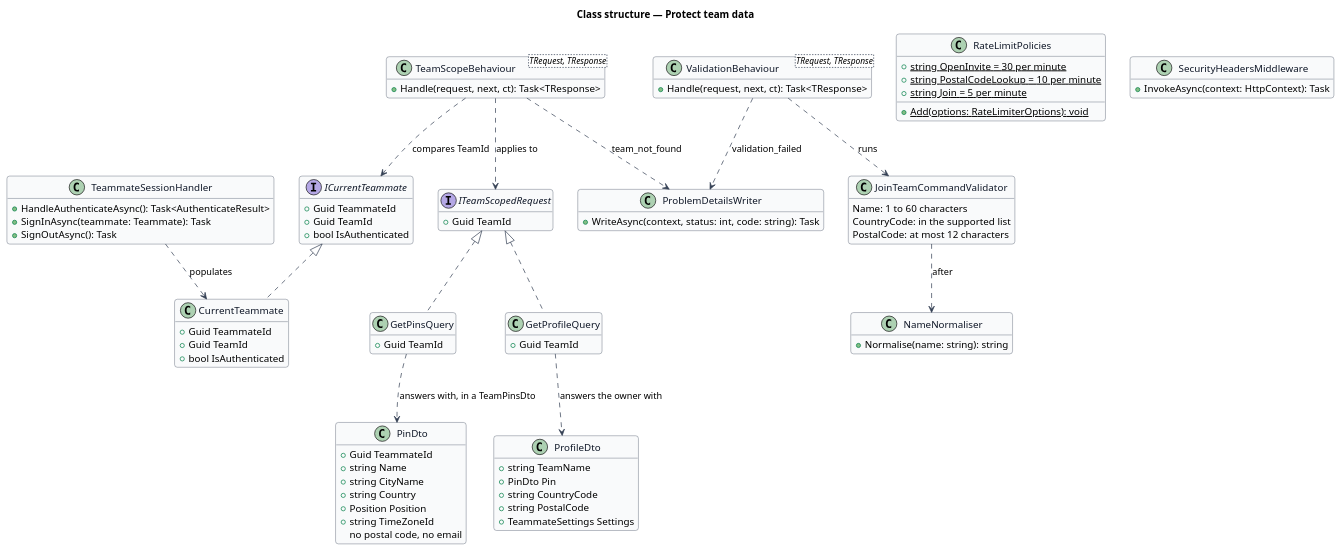
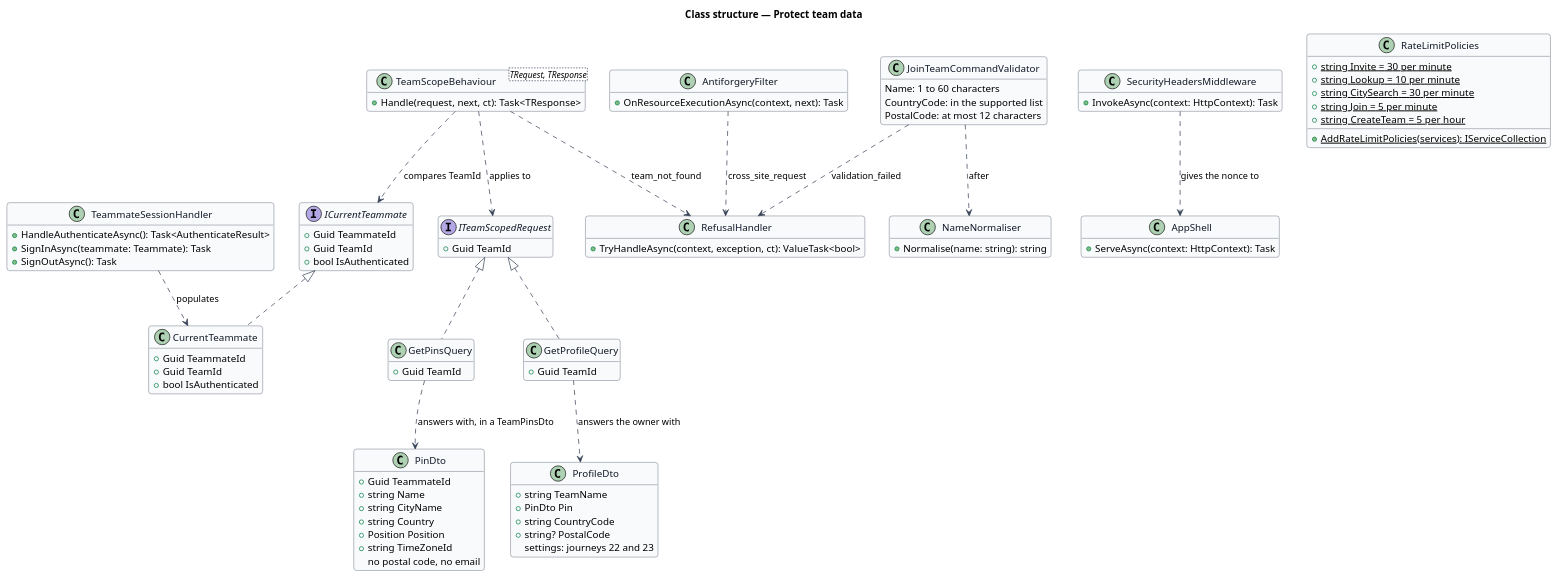
The diagram in docs/detailed-designs/platform/protect-team-data/diagrams/class-structure.puml (QuinntyneBrown/Mondino), drawn with PlantUML before and after one commit. The commit also changed 13 other files, not shown here.

Commit message:
Decide how every endpoint is closed unless marked open, how a session's changes carry an antiforgery token and how the app is served under a nonce-based CSP

```diff
--- a/docs/detailed-designs/platform/protect-team-data/diagrams/class-structure.puml
+++ b/docs/detailed-designs/platform/protect-team-data/diagrams/class-structure.puml
@@ -1,108 +1,115 @@
 @startuml
 skinparam backgroundColor #FFFFFF
 skinparam shadowing false
 skinparam roundcorner 8
 skinparam defaultFontName Arial
 skinparam ArrowColor #344054
 skinparam class {
   BorderColor #344054
   FontColor #101828
   BackgroundColor #F9FAFB
 }
 hide empty members
 title Class structure — Protect team data
 
 interface ICurrentTeammate {
   +Guid TeammateId
   +Guid TeamId
   +bool IsAuthenticated
 }
 
 class CurrentTeammate {
   +Guid TeammateId
   +Guid TeamId
   +bool IsAuthenticated
 }
 
 class TeammateSessionHandler {
   +HandleAuthenticateAsync(): Task<AuthenticateResult>
   +SignInAsync(teammate: Teammate): Task
   +SignOutAsync(): Task
 }
 
 interface ITeamScopedRequest {
   +Guid TeamId
 }
 
 class TeamScopeBehaviour<TRequest, TResponse> {
   +Handle(request, next, ct): Task<TResponse>
 }
 
-class ValidationBehaviour<TRequest, TResponse> {
-  +Handle(request, next, ct): Task<TResponse>
+class AntiforgeryFilter {
+  +OnResourceExecutionAsync(context, next): Task
+}
+
+class AppShell {
+  +ServeAsync(context: HttpContext): Task
 }
 
 class JoinTeamCommandValidator {
   Name: 1 to 60 characters
   CountryCode: in the supported list
   PostalCode: at most 12 characters
 }
 
 class NameNormaliser {
   +Normalise(name: string): string
 }
 
 class RateLimitPolicies {
-  +{static} string OpenInvite = 30 per minute
-  +{static} string PostalCodeLookup = 10 per minute
+  +{static} string Invite = 30 per minute
+  +{static} string Lookup = 10 per minute
+  +{static} string CitySearch = 30 per minute
   +{static} string Join = 5 per minute
-  +{static} Add(options: RateLimiterOptions): void
+  +{static} string CreateTeam = 5 per hour
+  +{static} AddRateLimitPolicies(services): IServiceCollection
 }
 
 class SecurityHeadersMiddleware {
   +InvokeAsync(context: HttpContext): Task
 }
 
-class ProblemDetailsWriter {
-  +WriteAsync(context, status: int, code: string): Task
+class RefusalHandler {
+  +TryHandleAsync(context, exception, ct): ValueTask<bool>
 }
 
 class PinDto {
   +Guid TeammateId
   +string Name
   +string CityName
   +string Country
   +Position Position
   +string TimeZoneId
   no postal code, no email
 }
 
 class ProfileDto {
   +string TeamName
   +PinDto Pin
   +string CountryCode
-  +string PostalCode
-  +TeammateSettings Settings
+  +string? PostalCode
+  settings: journeys 22 and 23
 }
 
 class GetPinsQuery {
   +Guid TeamId
 }
 
 class GetProfileQuery {
   +Guid TeamId
 }
 
 ICurrentTeammate <|.. CurrentTeammate
 TeammateSessionHandler ..> CurrentTeammate : populates
 TeamScopeBehaviour ..> ICurrentTeammate : compares TeamId
 TeamScopeBehaviour ..> ITeamScopedRequest : applies to
 ITeamScopedRequest <|.. GetPinsQuery
 ITeamScopedRequest <|.. GetProfileQuery
-TeamScopeBehaviour ..> ProblemDetailsWriter : team_not_found
-ValidationBehaviour ..> JoinTeamCommandValidator : runs
-ValidationBehaviour ..> ProblemDetailsWriter : validation_failed
+TeamScopeBehaviour ..> RefusalHandler : team_not_found
+JoinTeamCommandValidator ..> RefusalHandler : validation_failed
+AntiforgeryFilter ..> RefusalHandler : cross_site_request
+SecurityHeadersMiddleware ..> AppShell : gives the nonce to
 JoinTeamCommandValidator ..> NameNormaliser : after
 GetPinsQuery ..> PinDto : answers with, in a TeamPinsDto
 GetProfileQuery ..> ProfileDto : answers the owner with
 @enduml
```
